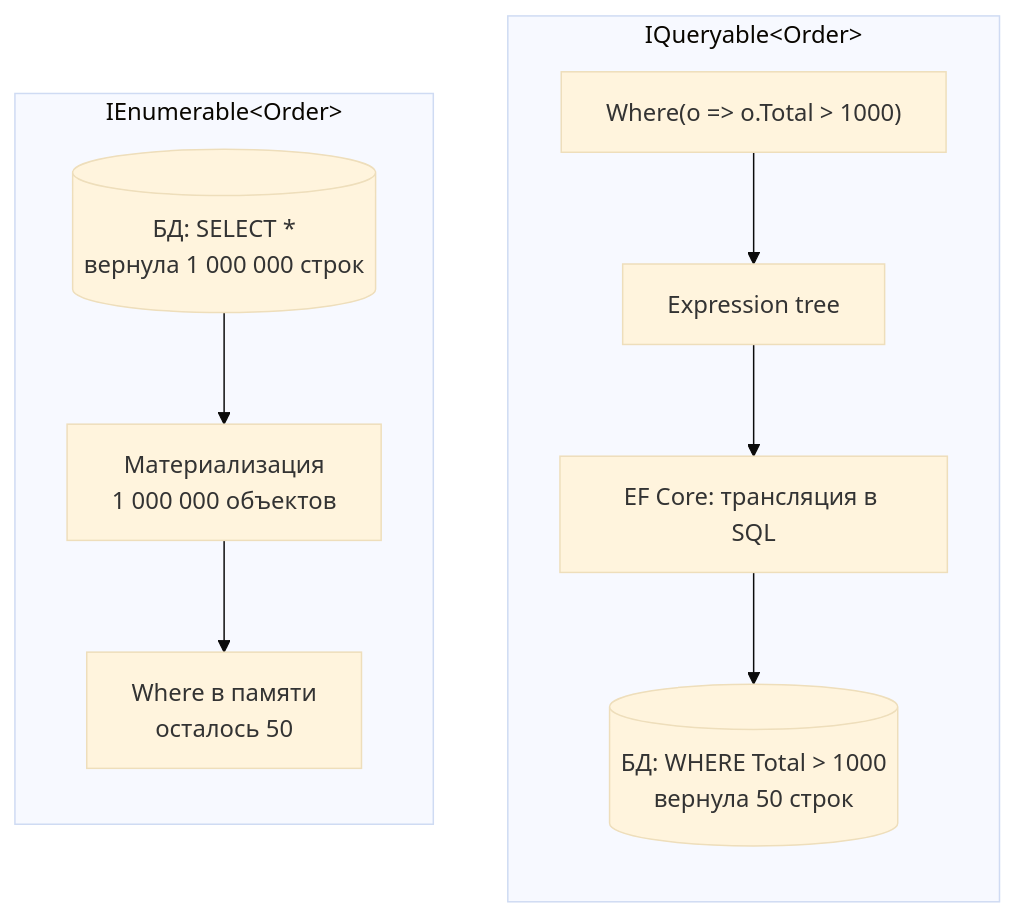
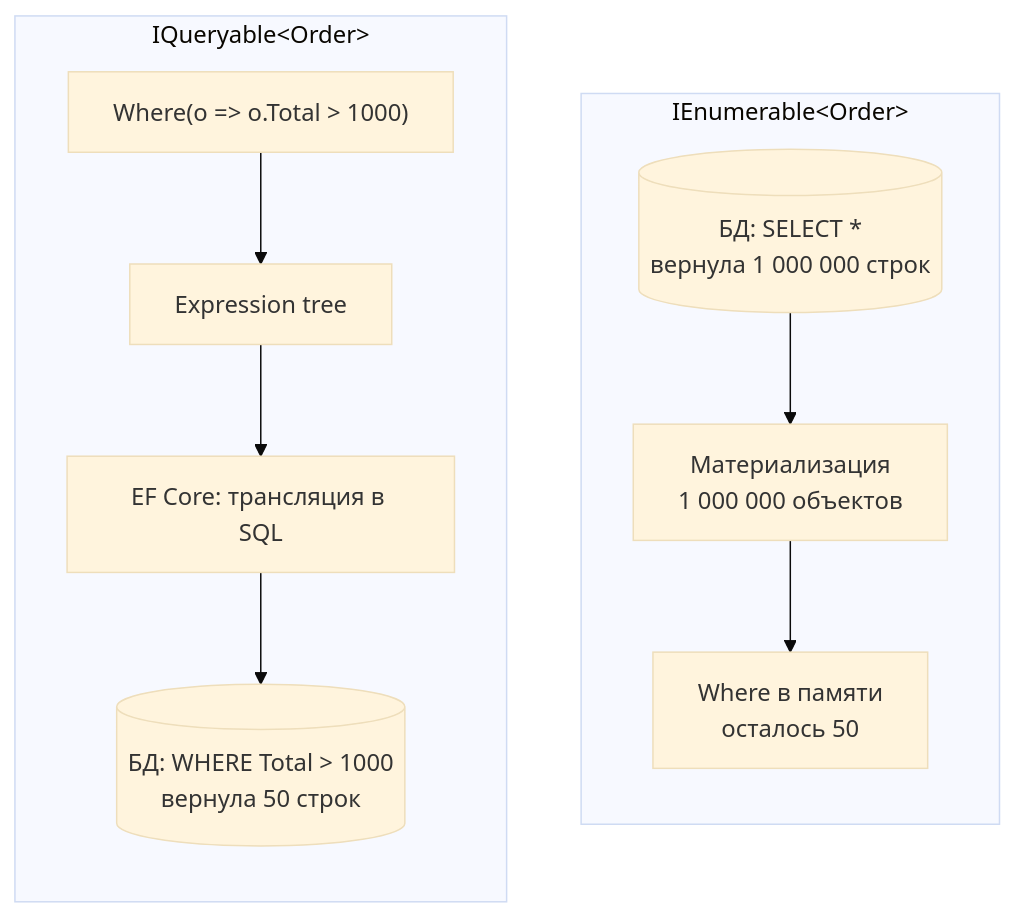
The first of 2 diagrams in content/01-csharp-dotnet/07-ienumerable-vs-iqueryable.md (sh-sharifjonov/DotnetQuestionsForMiddle), drawn with Mermaid (base theme) before and after one commit. The commit also changed other lines of this file and 51 other files, not shown here.

First line of the commit message:
Improve diagram layouts, warn about over-wide diagrams

````diff
--- a/content/01-csharp-dotnet/07-ienumerable-vs-iqueryable.md
+++ b/content/01-csharp-dotnet/07-ienumerable-vs-iqueryable.md
@@ -29,11 +29,11 @@
 ```mermaid Где выполняется фильтрация
 flowchart TB
+    subgraph IE["IEnumerable&lt;Order&gt;"]
+        direction TB
+        B1[("БД: SELECT *<br/>вернула 1 000 000 строк")]:::bad --> B2["Материализация<br/>1 000 000 объектов"]:::bad --> B3["Where в памяти<br/>осталось 50"]
+    end
     subgraph IQ["IQueryable&lt;Order&gt;"]
         direction TB
         A1["Where(o => o.Total > 1000)"] --> A2["Expression tree"] --> A3["EF Core: трансляция в SQL"] --> A4[("БД: WHERE Total > 1000<br/>вернула 50 строк")]:::good
     end
-    subgraph IE["IEnumerable&lt;Order&gt;"]
-        direction TB
-        B1[("БД: SELECT *<br/>вернула 1 000 000 строк")]:::bad --> B2["Материализация<br/>1 000 000 объектов"]:::bad --> B3["Where в памяти<br/>осталось 50"]
-    end
 ```
````
